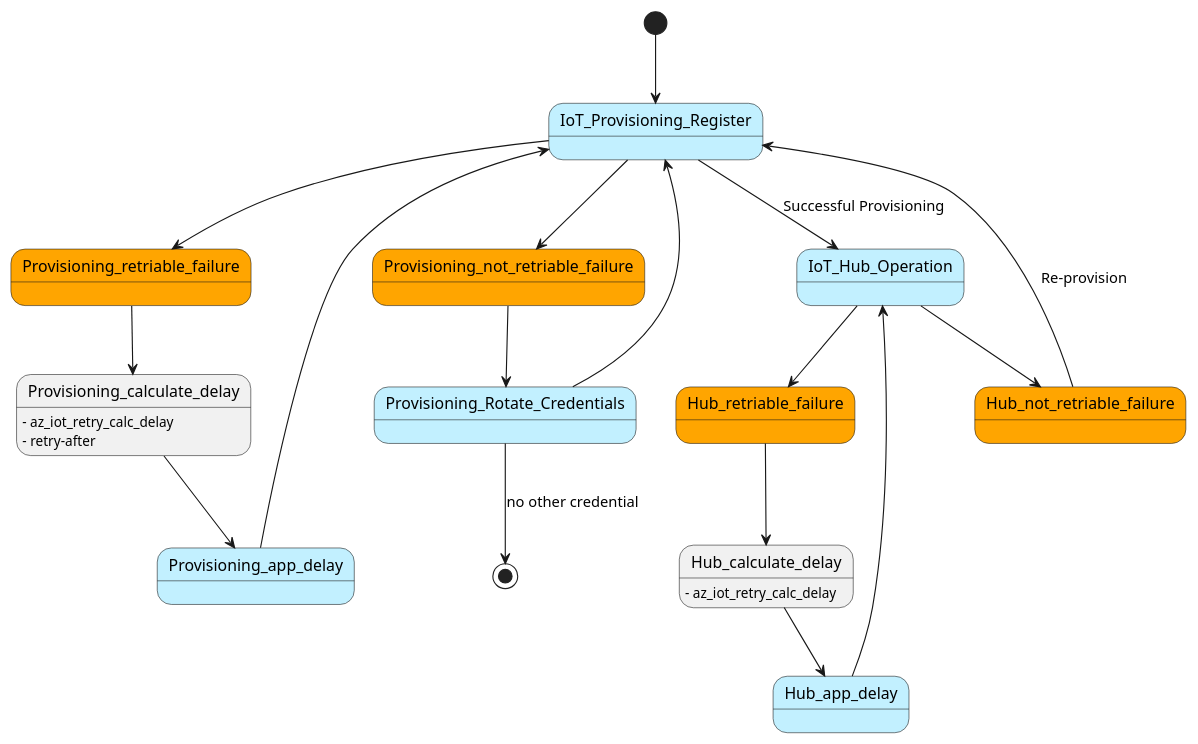
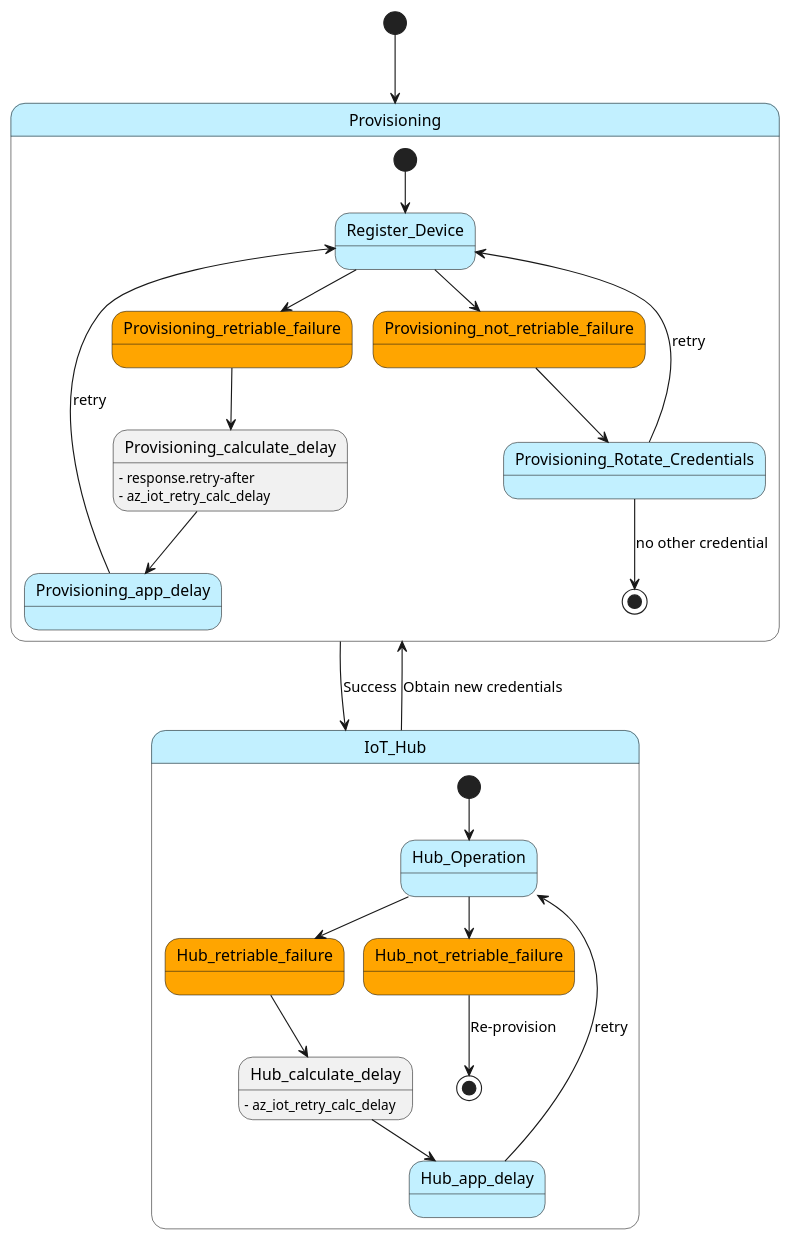
Before and after one commit to Azure/azure-sdk-for-c: the diagram in sdk/iot/doc/resources/iot_retry_flow.puml, drawn with PlantUML. The commit also changed 28 other files, not shown here.

Commit message:
Adding error code helpers. Changing from Doxygen note to remark. Leaving note for very important items. UTs for az_core Changing Provisioning names to clarify response vs result; operation_status vs error_code. Changes to the retry policy. Fixing invalid json bug and adding UT. Updating puml.

```diff
--- a/sdk/iot/doc/resources/iot_retry_flow.puml
+++ b/sdk/iot/doc/resources/iot_retry_flow.puml
@@ -1,46 +1,56 @@
 @startuml
 skinparam state {
     BackgroundColor<<APP>> APPLICATION
     BackgroundColor<<STRUCT>> Lavender
     BackgroundColor<<FAIL>> Orange
 }
 
-[*] --> IoT_Provisioning_Register
-state IoT_Provisioning_Register <<APP>>
+[*] --> Provisioning
+state Provisioning <<APP>> {
 
-' Provisioning Retriable errors
-IoT_Provisioning_Register --> Provisioning_retriable_failure
-state Provisioning_retriable_failure<<FAIL>>
-Provisioning_retriable_failure --> Provisioning_calculate_delay
-Provisioning_calculate_delay --> Provisioning_app_delay
-state Provisioning_app_delay<<APP>>
-Provisioning_app_delay --> IoT_Provisioning_Register
-Provisioning_calculate_delay: - az_iot_retry_calc_delay
-Provisioning_calculate_delay: - retry-after
+    state Register_Device <<APP>>
+    ' Provisioning Retriable errors
+    [*] --> Register_Device
 
-' Provisioning Non-retriable 
-IoT_Provisioning_Register --> Provisioning_not_retriable_failure
-state Provisioning_not_retriable_failure<<FAIL>>
-Provisioning_not_retriable_failure --> Provisioning_Rotate_Credentials
-state Provisioning_Rotate_Credentials <<APP>>
-Provisioning_Rotate_Credentials --> IoT_Provisioning_Register
-Provisioning_Rotate_Credentials --> [*] : no other credential
+    state Provisioning_retriable_failure<<FAIL>>
+    Register_Device --> Provisioning_retriable_failure
+    Provisioning_retriable_failure --> Provisioning_calculate_delay
+    Provisioning_calculate_delay --> Provisioning_app_delay
+    state Provisioning_app_delay<<APP>>
+    Provisioning_app_delay --> Register_Device : retry
+    Provisioning_calculate_delay: - response.retry-after
+    Provisioning_calculate_delay: - az_iot_retry_calc_delay
+    
+    ' Provisioning Non-retriable 
+    Register_Device --> Provisioning_not_retriable_failure
+    state Provisioning_not_retriable_failure<<FAIL>>
+    Provisioning_not_retriable_failure --> Provisioning_Rotate_Credentials
+    state Provisioning_Rotate_Credentials <<APP>>
+    Provisioning_Rotate_Credentials --> Register_Device : retry
+    Provisioning_Rotate_Credentials --> [*] : no other credential
+} 
 
-IoT_Provisioning_Register --> IoT_Hub_Operation : Successful Provisioning
-state IoT_Hub_Operation <<APP>>
+Provisioning --> IoT_Hub : Success
 
-' Hub Retriable errors
-IoT_Hub_Operation --> Hub_retriable_failure
-state Hub_retriable_failure<<FAIL>>
-Hub_retriable_failure --> Hub_calculate_delay
-Hub_calculate_delay --> Hub_app_delay
-state Hub_app_delay<<APP>>
-Hub_app_delay --> IoT_Hub_Operation
-Hub_calculate_delay: - az_iot_retry_calc_delay
+state IoT_Hub <<APP>> {
+    state Hub_Operation <<APP>>
+    [*] --> Hub_Operation
 
-' Hub Non-retriable 
-IoT_Hub_Operation --> Hub_not_retriable_failure
-state Hub_not_retriable_failure<<FAIL>>
-Hub_not_retriable_failure --> IoT_Provisioning_Register : Re-provision
+    ' Hub Retriable errors
+    Hub_Operation --> Hub_retriable_failure
+    state Hub_retriable_failure<<FAIL>>
+    Hub_retriable_failure --> Hub_calculate_delay
+    Hub_calculate_delay --> Hub_app_delay
+    state Hub_app_delay<<APP>>
+    Hub_app_delay --> Hub_Operation : retry
+    Hub_calculate_delay: - az_iot_retry_calc_delay
+
+    ' Hub Non-retriable 
+    Hub_Operation --> Hub_not_retriable_failure
+    state Hub_not_retriable_failure<<FAIL>>
+    Hub_not_retriable_failure --> [*] : Re-provision
+}
+
+IoT_Hub --> Provisioning : Obtain new credentials
 
 @enduml
```
